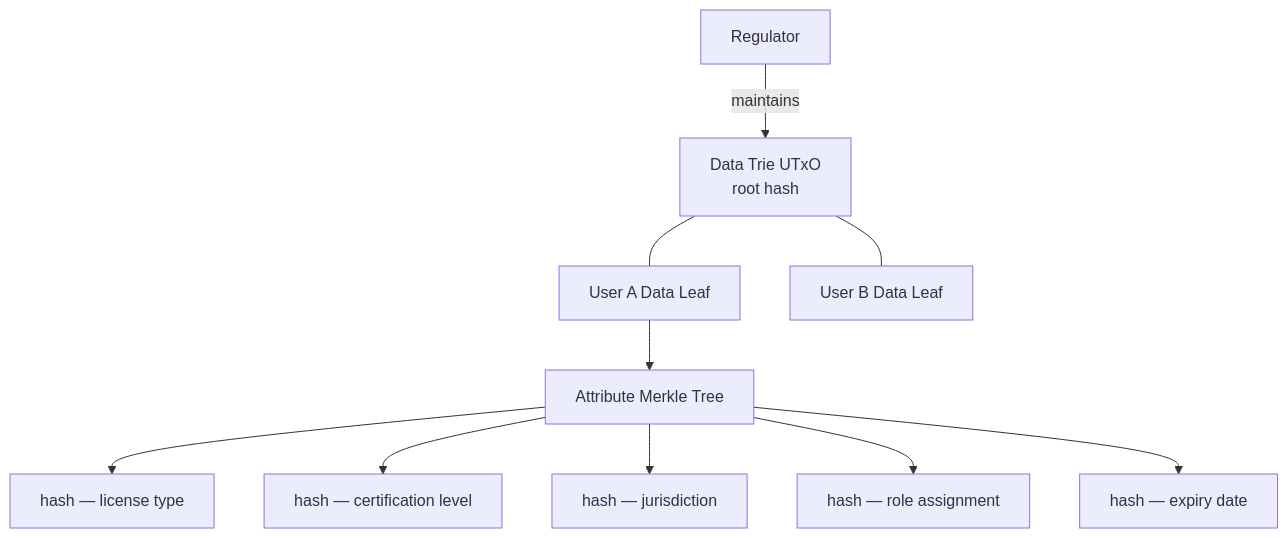
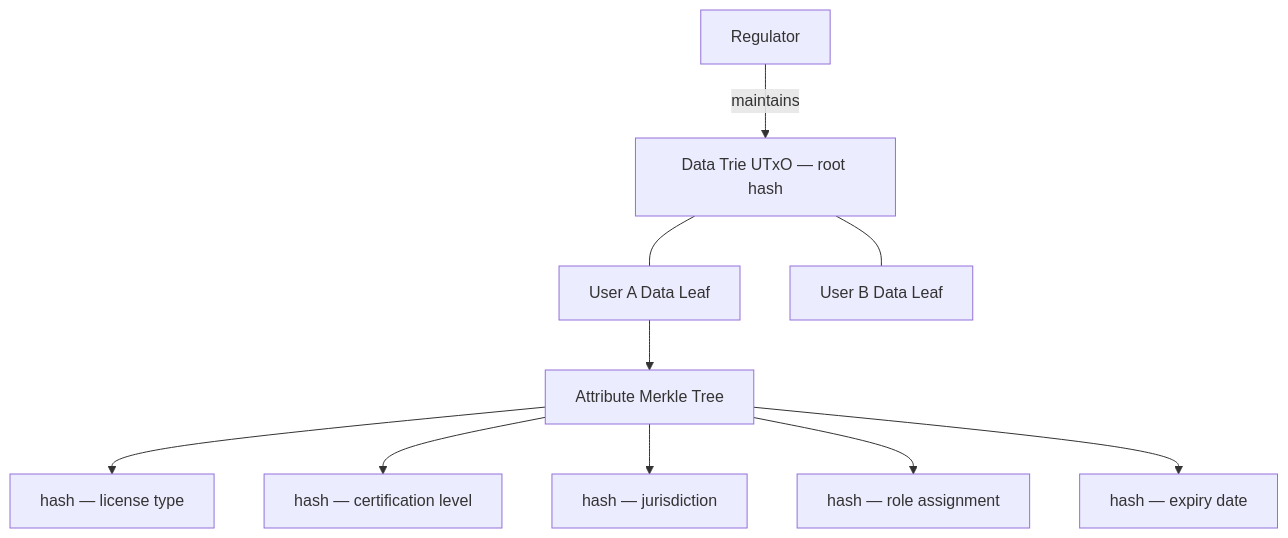
Before and after one commit to lambdasistemi/cardano-for-regulators: the fifth of 19 diagrams in docs/framework/schema.md, drawn with Mermaid. The commit also changed other lines of this file and 1 other file, not shown here.

First line of the commit message:
fix: replace HTML tags in mermaid node labels with plain text

````diff
--- a/docs/framework/schema.md
+++ b/docs/framework/schema.md
@@ -177,13 +177,13 @@
 ```mermaid
 graph TD
-    REG[Regulator] -->|maintains| DT[Data Trie UTxO<br/>root hash]
+    REG[Regulator] -->|maintains| DT["Data Trie UTxO — root hash"]
     DT --- U1[User A Data Leaf]
     DT --- U2[User B Data Leaf]
 
     U1 --> MT1[Attribute Merkle Tree]
     MT1 --> A1[hash — license type]
     MT1 --> A2[hash — certification level]
     MT1 --> A3[hash — jurisdiction]
     MT1 --> A4[hash — role assignment]
     MT1 --> A5[hash — expiry date]
 ```
````
